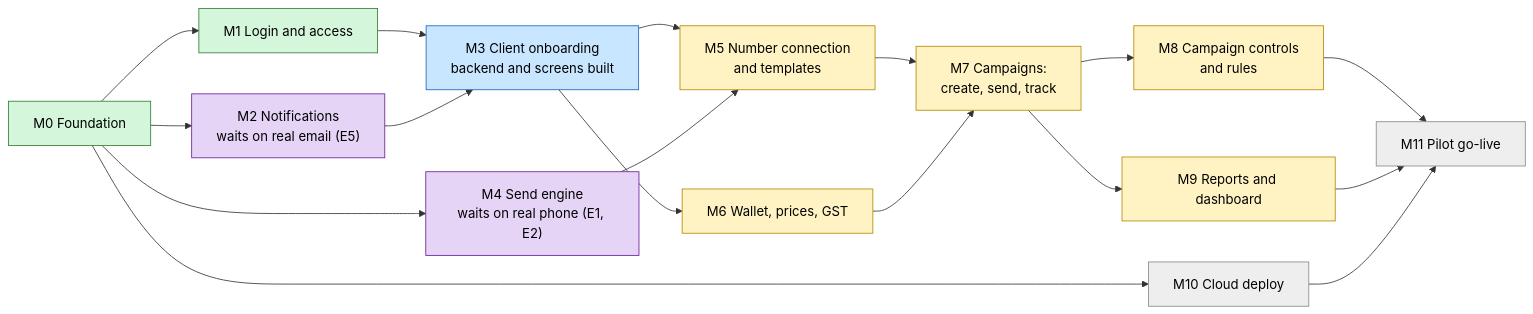
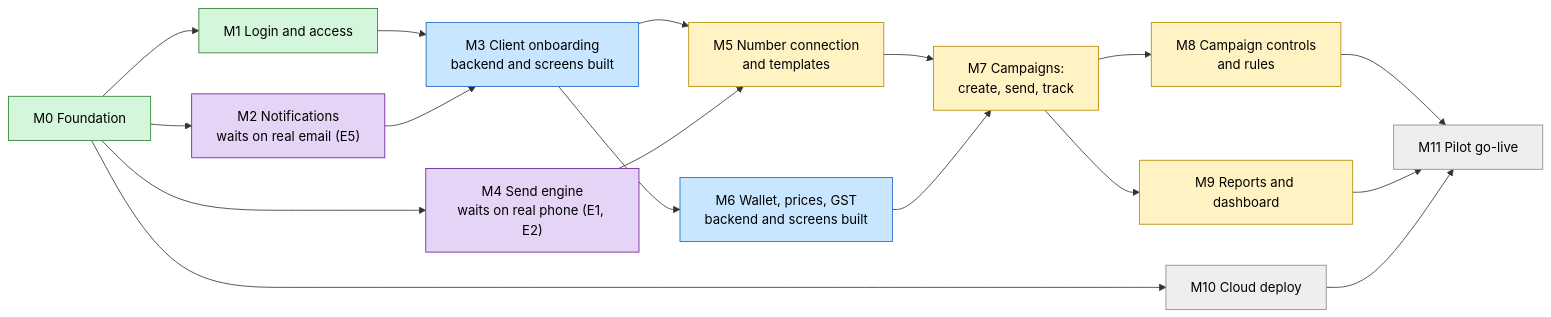
The diagram in docs/project-tracker.md (reaplift/reaplift-bsp), drawn with Mermaid before and after one commit. The commit also changed other lines of this file and 52 other files, not shown here.

First line of the commit message:
feat: M6 screens, client page tabs, staff flow and country checks

````diff
--- a/docs/project-tracker.md
+++ b/docs/project-tracker.md
@@ -19,38 +19,38 @@
 ```mermaid
 flowchart LR
   M0["M0 Foundation"]:::done
   M1["M1 Login and access"]:::done
   M2["M2 Notifications<br/>waits on real email (E5)"]:::waiting
   M3["M3 Client onboarding<br/>backend and screens built"]:::review
   M4["M4 Send engine<br/>waits on real phone (E1, E2)"]:::waiting
   M5["M5 Number connection<br/>and templates"]:::backend
-  M6["M6 Wallet, prices, GST"]:::backend
+  M6["M6 Wallet, prices, GST<br/>backend and screens built"]:::review
   M7["M7 Campaigns:<br/>create, send, track"]:::backend
   M8["M8 Campaign controls<br/>and rules"]:::backend
   M9["M9 Reports and dashboard"]:::backend
   M10["M10 Cloud deploy"]:::todo
   M11["M11 Pilot go-live"]:::todo
 
   M0 --> M1
   M0 --> M2
   M0 --> M4
   M0 --> M10
   M1 --> M3
   M2 --> M3
   M3 --> M5
   M4 --> M5
   M3 --> M6
   M5 --> M7
   M6 --> M7
   M7 --> M8
   M7 --> M9
   M8 --> M11
   M9 --> M11
   M10 --> M11
 
   classDef done fill:#d4f7dc,stroke:#2e7d32,color:#000
   classDef review fill:#c8e6ff,stroke:#1565c0,color:#000
   classDef waiting fill:#e6d4f7,stroke:#6a1b9a,color:#000
   classDef backend fill:#fff3c4,stroke:#b58900,color:#000
   classDef todo fill:#eeeeee,stroke:#888,color:#000
 ```
````
